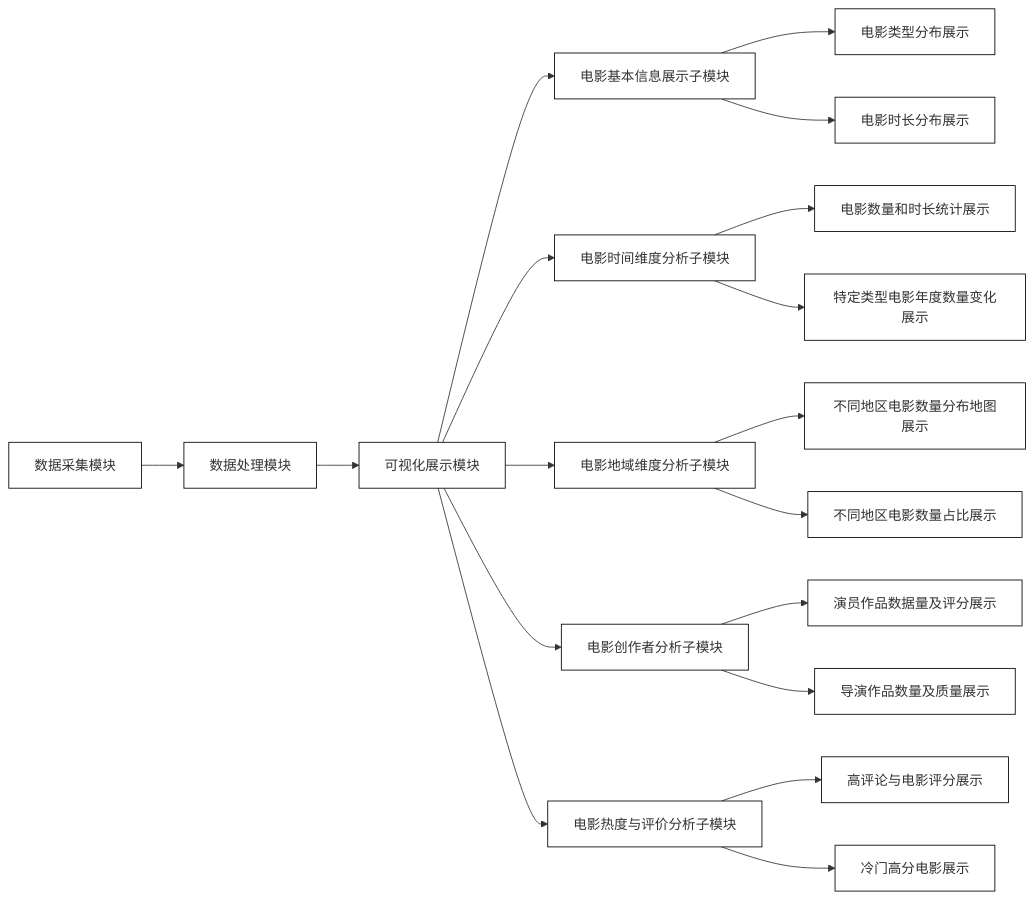
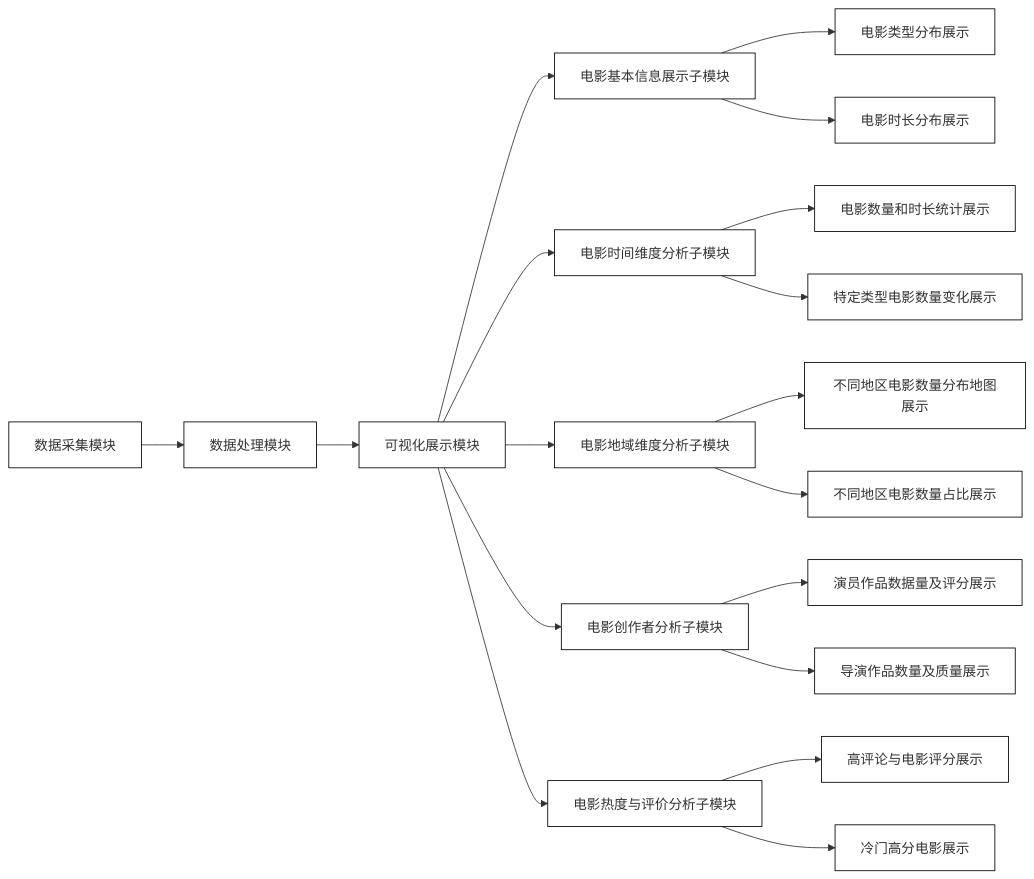
The diagram in all/未命名.md (MP2333/iodraw-files), drawn with Mermaid before and after one commit.

Commit message:
2025-05-27 23:24:12 update

````diff
--- a/all/未命名.md
+++ b/all/未命名.md
@@ -1,23 +1,23 @@
 ```mermaid
 graph LR
 A[数据采集模块] --> B[数据处理模块]
 B --> C[可视化展示模块]
 C --> D1[电影基本信息展示子模块]
 C --> D2[电影时间维度分析子模块]
 C --> D3[电影地域维度分析子模块]
 C --> D4[电影创作者分析子模块]
 C --> D5[电影热度与评价分析子模块]
 D1 --> E1[电影类型分布展示]
 D1 --> E2[电影时长分布展示]
 D2 --> E3[电影数量和时长统计展示]
-D2 --> E4[特定类型电影年度数量变化展示]
+D2 --> E4[特定类型电影数量变化展示]
 D3 --> E5[不同地区电影数量分布地图展示]
 D3 --> E6[不同地区电影数量占比展示]
 D4 --> E7[演员作品数据量及评分展示]
 D4 --> E8[导演作品数量及质量展示]
 D5 --> E9[高评论与电影评分展示]
 D5 --> E10[冷门高分电影展示]
 
 classDef default fill:#FFFFFF,stroke:#000000,stroke-width:1px
 class A,B,C,D1,D2,D3,D4,D5,E1,E2,E3,E4,E5,E6,E7,E8,E9,E10 default
 ```
````
